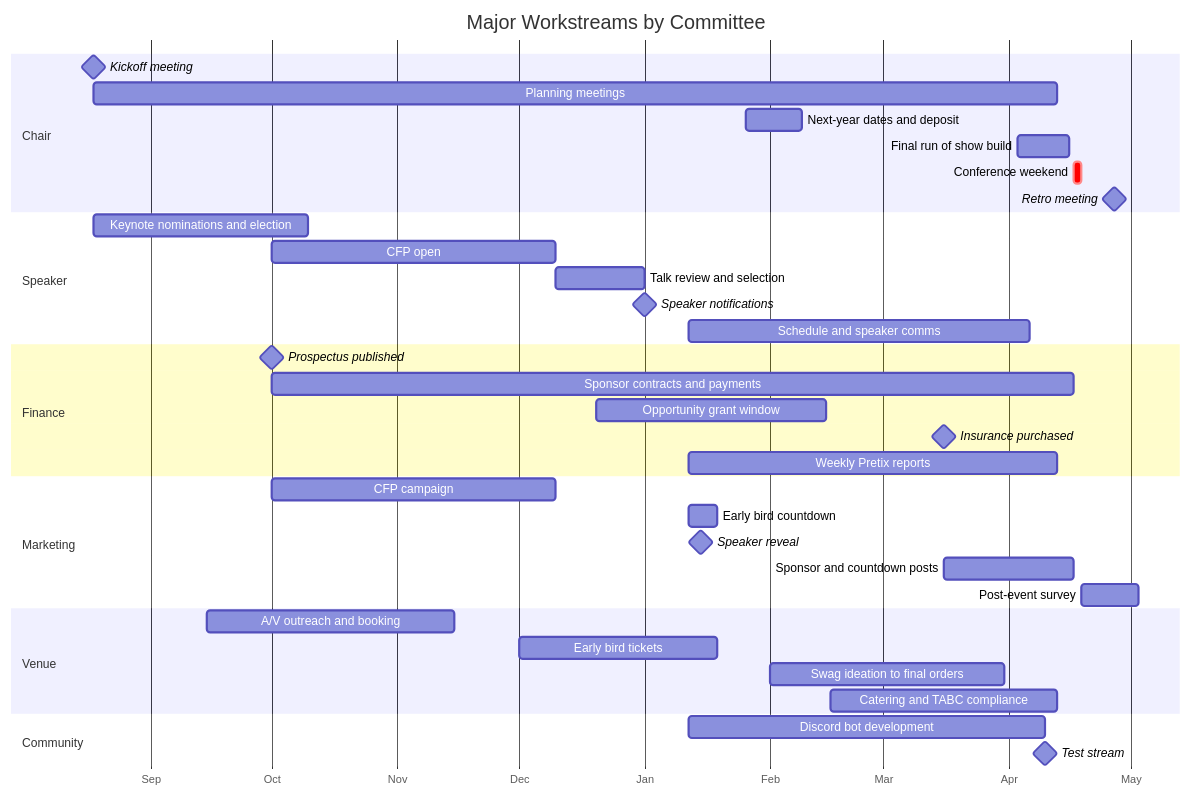
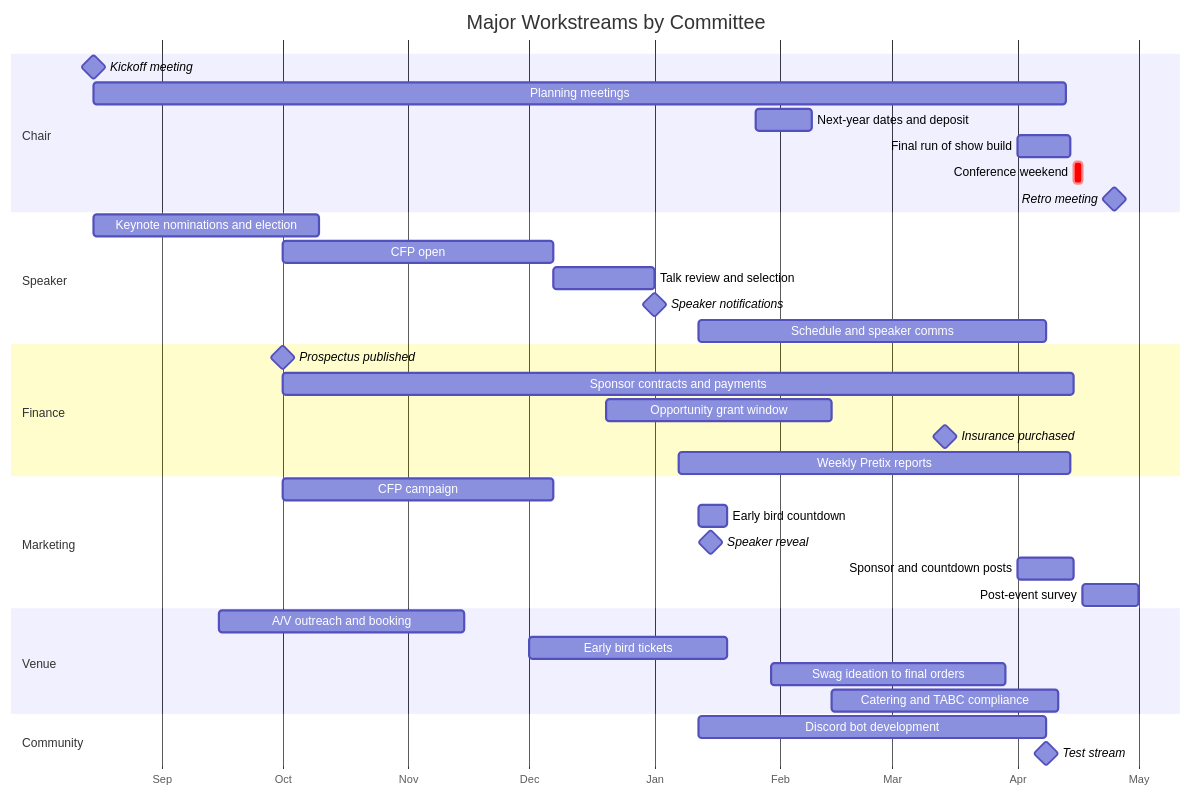
Before and after one commit to pytexas/runbooks: the diagram in docs/conference/runbooks/conference-master-timeline.md, drawn with Mermaid. The commit also changed other lines of this file and 41 other files, not shown here.

````diff
--- a/docs/conference/runbooks/conference-master-timeline.md
+++ b/docs/conference/runbooks/conference-master-timeline.md
@@ -42,39 +42,39 @@
 ```mermaid
 gantt
     title Major Workstreams by Committee
     dateFormat YYYY-MM-DD
     axisFormat %b
     section Chair
-    Kickoff meeting              :milestone, 2025-08-18, 0d
-    Planning meetings            :2025-08-18, 2026-04-13
-    Next-year dates and deposit  :2026-01-26, 2026-02-09
-    Final run of show build      :2026-04-03, 2026-04-16
-    Conference weekend           :crit, 2026-04-17, 2026-04-19
-    Retro meeting                :milestone, 2026-04-27, 0d
+    Kickoff meeting              :milestone, 2001-08-15, 0d
+    Planning meetings            :2001-08-15, 2002-04-13
+    Next-year dates and deposit  :2002-01-26, 2002-02-09
+    Final run of show build      :2002-04-01, 2002-04-14
+    Conference weekend           :crit, 2002-04-15, 2002-04-17
+    Retro meeting                :milestone, 2002-04-25, 0d
     section Speaker
-    Keynote nominations and election :2025-08-18, 2025-10-10
-    CFP open                     :2025-10-01, 2025-12-10
-    Talk review and selection    :2025-12-10, 2026-01-01
-    Speaker notifications        :milestone, 2026-01-01, 0d
-    Schedule and speaker comms   :2026-01-12, 2026-04-06
+    Keynote nominations and election :2001-08-15, 2001-10-10
+    CFP open                     :2001-10-01, 2001-12-07
+    Talk review and selection    :2001-12-07, 2002-01-01
+    Speaker notifications        :milestone, 2002-01-01, 0d
+    Schedule and speaker comms   :2002-01-12, 2002-04-08
     section Finance
-    Prospectus published         :milestone, 2025-10-01, 0d
-    Sponsor contracts and payments :2025-10-01, 2026-04-17
-    Opportunity grant window     :2025-12-20, 2026-02-15
-    Insurance purchased          :milestone, 2026-03-16, 0d
-    Weekly Pretix reports        :2026-01-12, 2026-04-13
+    Prospectus published         :milestone, 2001-10-01, 0d
+    Sponsor contracts and payments :2001-10-01, 2002-04-15
+    Opportunity grant window     :2001-12-20, 2002-02-14
+    Insurance purchased          :milestone, 2002-03-14, 0d
+    Weekly Pretix reports        :2002-01-07, 2002-04-14
     section Marketing
-    CFP campaign                 :2025-10-01, 2025-12-10
-    Early bird countdown         :2026-01-12, 2026-01-19
-    Speaker reveal               :milestone, 2026-01-15, 0d
-    Sponsor and countdown posts  :2026-03-16, 2026-04-17
-    Post-event survey            :2026-04-19, 2026-05-03
+    CFP campaign                 :2001-10-01, 2001-12-07
+    Early bird countdown         :2002-01-12, 2002-01-19
+    Speaker reveal               :milestone, 2002-01-15, 0d
+    Sponsor and countdown posts  :2002-04-01, 2002-04-15
+    Post-event survey            :2002-04-17, 2002-05-01
     section Venue
-    A/V outreach and booking     :2025-09-15, 2025-11-15
-    Early bird tickets           :2025-12-01, 2026-01-19
-    Swag ideation to final orders :2026-02-01, 2026-03-31
-    Catering and TABC compliance :2026-02-16, 2026-04-13
+    A/V outreach and booking     :2001-09-15, 2001-11-15
+    Early bird tickets           :2001-12-01, 2002-01-19
+    Swag ideation to final orders :2002-01-30, 2002-03-29
+    Catering and TABC compliance :2002-02-14, 2002-04-11
     section Community
-    Discord bot development      :2026-01-12, 2026-04-10
-    Test stream                  :milestone, 2026-04-10, 0d
+    Discord bot development      :2002-01-12, 2002-04-08
+    Test stream                  :milestone, 2002-04-08, 0d
 ```
````
